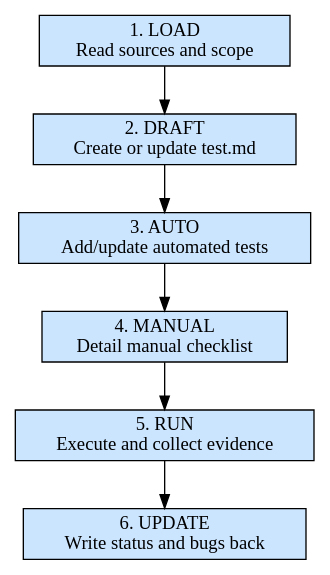
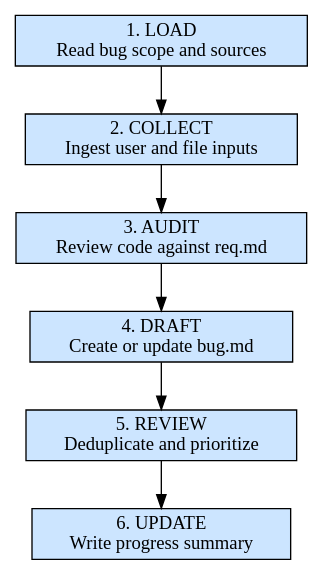
The diagram in packages/dev-frontend/skills/step4-moduletest/SKILL.md (Gil2015/my-agents), drawn with Graphviz before and after one commit. The commit also changed other lines of this file and 9 other files, not shown here.

````diff
--- a/packages/dev-frontend/skills/step4-moduletest/SKILL.md
+++ b/packages/dev-frontend/skills/step4-moduletest/SKILL.md
@@ -52,15 +58,15 @@
 ```dot
 digraph process {
   rankdir=TB
   node [shape=box, style=filled, fillcolor="#cce5ff"]
 
-  load [label="1. LOAD\nRead sources and scope"]
-  draft [label="2. DRAFT\nCreate or update test.md"]
-  auto [label="3. AUTO\nAdd/update automated tests"]
-  manual [label="4. MANUAL\nDetail manual checklist"]
-  run [label="5. RUN\nExecute and collect evidence"]
-  update [label="6. UPDATE\nWrite status and bugs back"]
+  load [label="1. LOAD\nRead bug scope and sources"]
+  collect [label="2. COLLECT\nIngest user and file inputs"]
+  audit [label="3. AUDIT\nReview code against req.md"]
+  draft [label="4. DRAFT\nCreate or update bug.md"]
+  review [label="5. REVIEW\nDeduplicate and prioritize"]
+  update [label="6. UPDATE\nWrite progress summary"]
 
-  load -> draft -> auto -> manual -> run -> update
+  load -> collect -> audit -> draft -> review -> update
 }
 ```
````
